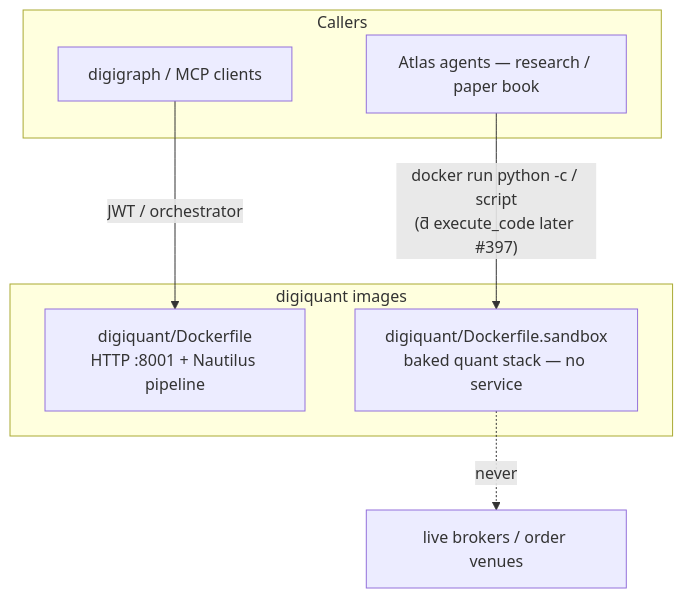
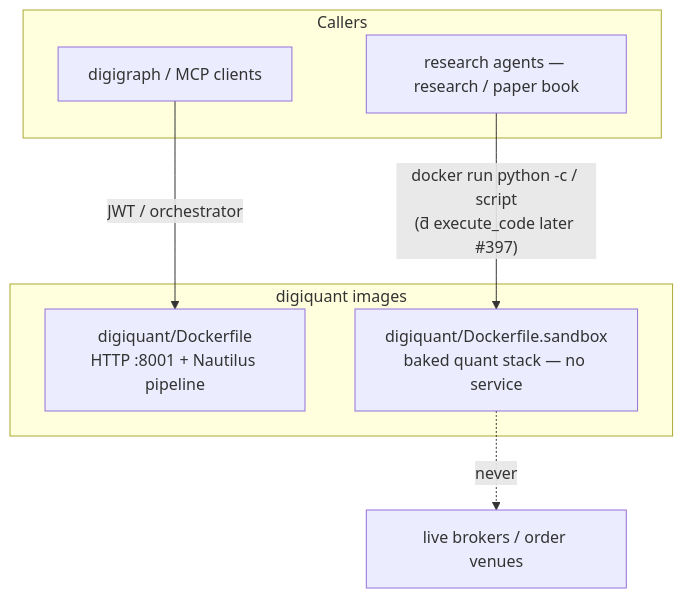
Before and after one commit to digithings-ai/digithings: the first of 3 diagrams in digiquant/ARCHITECTURE.md, drawn with Mermaid. The commit also changed other lines of this file and 798 other files, not shown here.

````diff
--- a/digiquant/ARCHITECTURE.md
+++ b/digiquant/ARCHITECTURE.md
@@ -922,17 +924,17 @@
 ```mermaid
 flowchart TB
   subgraph callers["Callers"]
     DG["digigraph / MCP clients"]
-    Atlas["Atlas agents — research / paper book"]
+    research["research agents — research / paper book"]
   end
 
   subgraph images["digiquant images"]
     SVC["digiquant/Dockerfile<br/>HTTP :8001 + Nautilus pipeline"]
     SBX["digiquant/Dockerfile.sandbox<br/>baked quant stack — no service"]
   end
 
   DG -->|"JWT / orchestrator"| SVC
-  Atlas -->|"docker run python -c / script<br/>(#396; execute_code later #397)"| SBX
+  research -->|"docker run python -c / script<br/>(#396; execute_code later #397)"| SBX
 
   SBX -.->|"never"| Live["live brokers / order venues"]
 ```
````
